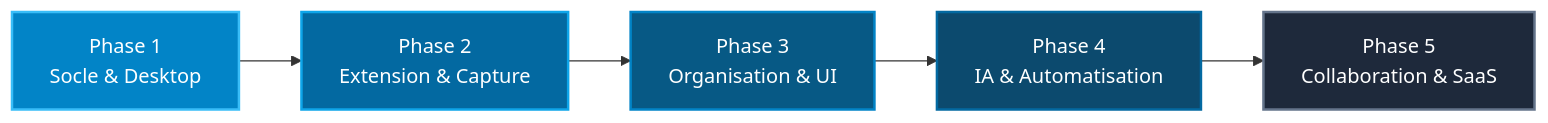
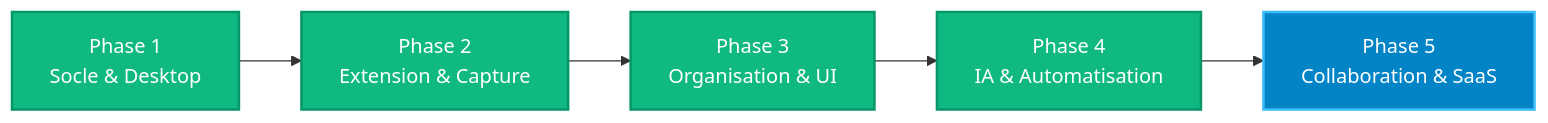
The diagram in roadmap.md (baguidevos/links-vault), drawn with Mermaid before and after one commit. The commit also changed other lines of this file, not shown here.

Commit message:
docs(roadmap): mark Phase 4 AI integration as completed

````diff
--- a/roadmap.md
+++ b/roadmap.md
@@ -7,13 +7,13 @@
 ```mermaid
 graph LR
     P1["Phase 1<br/>Socle & Desktop"] --> P2["Phase 2<br/>Extension & Capture"]
     P2 --> P3["Phase 3<br/>Organisation & UI"]
     P3 --> P4["Phase 4<br/>IA & Automatisation"]
     P4 --> P5["Phase 5<br/>Collaboration & SaaS"]
     
-    style P1 fill:#0284c7,stroke:#38bdf8,stroke-width:2px,color:#fff
-    style P2 fill:#0369a1,stroke:#0ea5e9,stroke-width:2px,color:#fff
-    style P3 fill:#075985,stroke:#0284c7,stroke-width:2px,color:#fff
-    style P4 fill:#0c4a6e,stroke:#0369a1,stroke-width:2px,color:#fff
-    style P5 fill:#1e293b,stroke:#64748b,stroke-width:2px,color:#fff
+    style P1 fill:#10b981,stroke:#059669,stroke-width:2px,color:#fff
+    style P2 fill:#10b981,stroke:#059669,stroke-width:2px,color:#fff
+    style P3 fill:#10b981,stroke:#059669,stroke-width:2px,color:#fff
+    style P4 fill:#10b981,stroke:#059669,stroke-width:2px,color:#fff
+    style P5 fill:#0284c7,stroke:#38bdf8,stroke-width:2px,color:#fff
 ```
````
